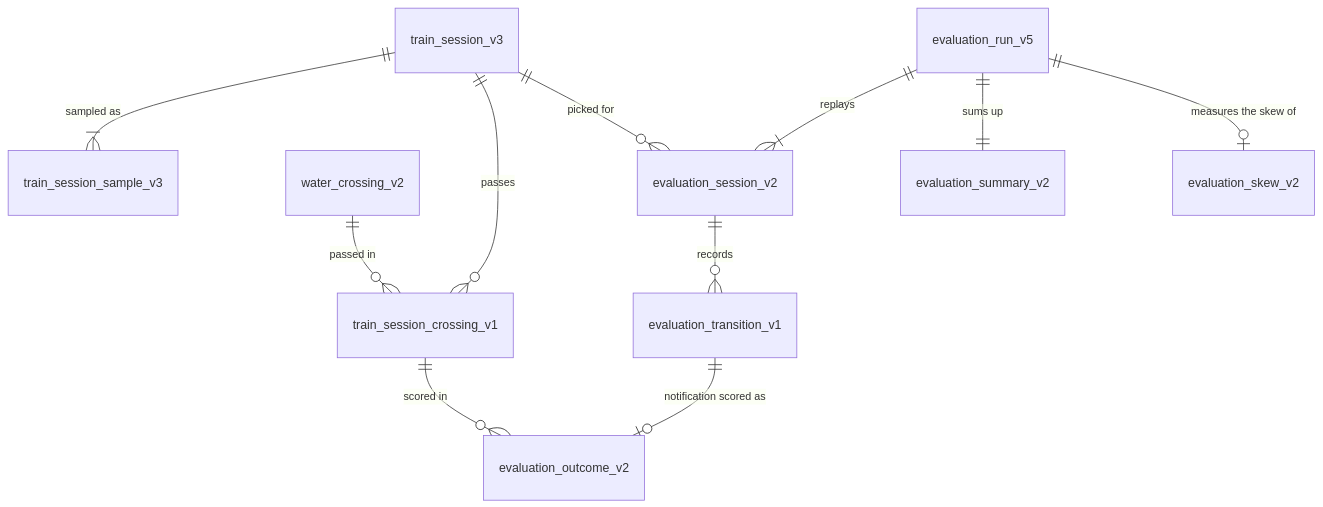
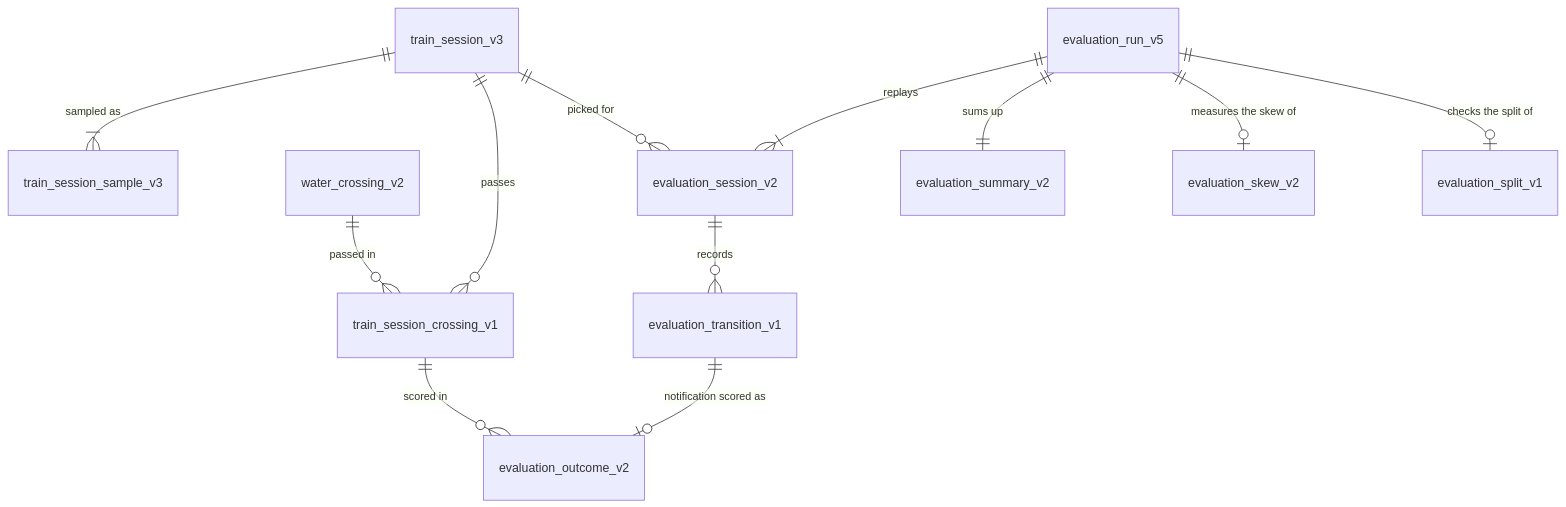
Before and after one commit to mikemoraned/geo: the diagram in apps/lookout/docs/current-slice.md, drawn with Mermaid. The commit also changed other lines of this file and 11 other files, not shown here.

````diff
--- a/apps/lookout/docs/current-slice.md
+++ b/apps/lookout/docs/current-slice.md
@@ -127,13 +127,14 @@
 ```mermaid
 erDiagram
     train_session_v3 ||--|{ train_session_sample_v3 : "sampled as"
     train_session_v3 ||--o{ train_session_crossing_v1 : "passes"
     water_crossing_v2 ||--o{ train_session_crossing_v1 : "passed in"
     evaluation_run_v5 ||--|{ evaluation_session_v2 : "replays"
     train_session_v3 ||--o{ evaluation_session_v2 : "picked for"
     evaluation_session_v2 ||--o{ evaluation_transition_v1 : "records"
     evaluation_transition_v1 ||--o| evaluation_outcome_v2 : "notification scored as"
     train_session_crossing_v1 ||--o{ evaluation_outcome_v2 : "scored in"
     evaluation_run_v5 ||--|| evaluation_summary_v2 : "sums up"
     evaluation_run_v5 ||--o| evaluation_skew_v2 : "measures the skew of"
+    evaluation_run_v5 ||--o| evaluation_split_v1 : "checks the split of"
 ```
````
